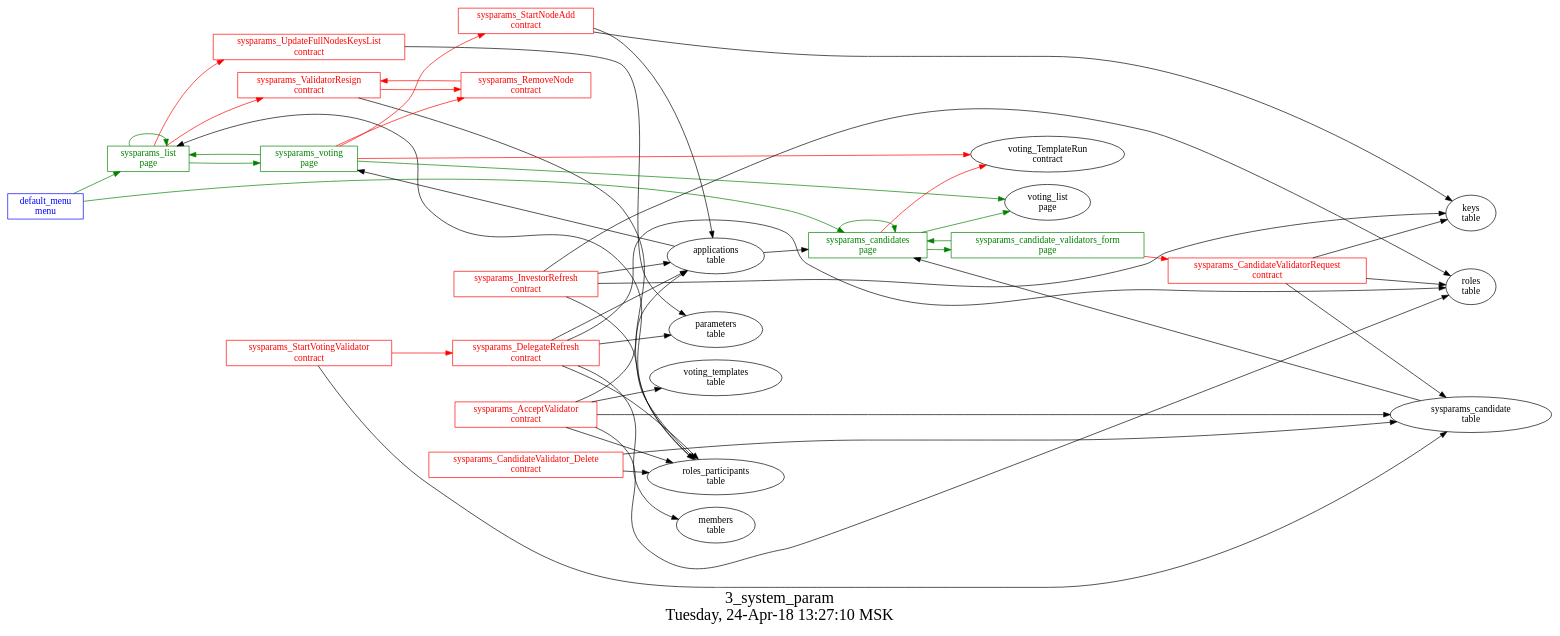
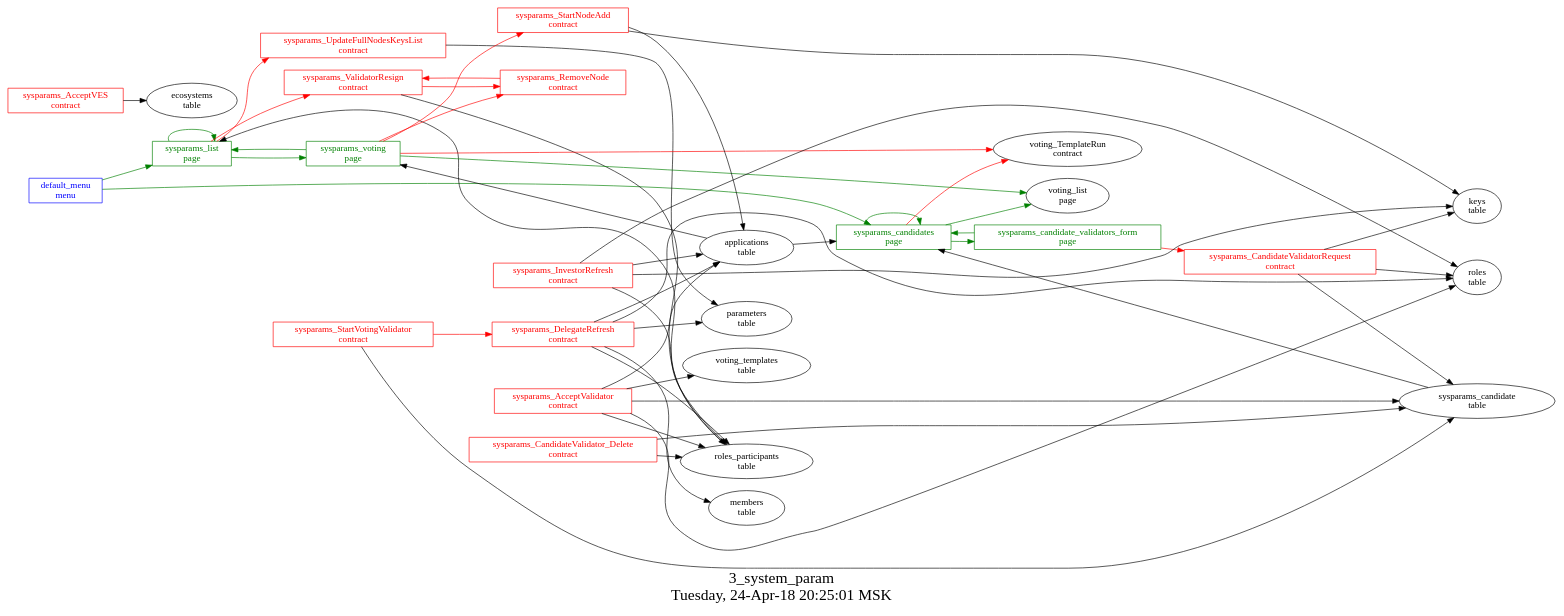
One commit to AplaProject/apps changed the diagram in src/basic/3_system_params/struct.dot. Above: the diagram before and after it, drawn with Graphviz. The commit also changed 7 other files, not shown here.

```diff
--- a/src/basic/3_system_params/struct.dot
+++ b/src/basic/3_system_params/struct.dot
@@ -1,74 +1,76 @@
 digraph G {
 graph [
   fontsize="24";
-  label="3_system_param\nTuesday, 24-Apr-18 13:27:10 MSK";
+  label="3_system_param\nTuesday, 24-Apr-18 20:25:01 MSK";
   nojustify=true;
   ordering=out;
   rankdir=LR;
   size="30";
 ];
 "default_menu\nmenu" -> "sysparams_list\npage"  [ color=green ]
 "default_menu\nmenu" -> "sysparams_candidates\npage"  [ color=green ]
 "default_menu\nmenu" [color=blue, fontcolor=blue, group=menus, shape=record];
 "sysparams_candidate_validators_form\npage" -> "sysparams_CandidateValidatorRequest\ncontract"  [ color=red ]
 "sysparams_candidate_validators_form\npage" -> "sysparams_candidates\npage"  [ color=green ]
 "sysparams_candidate_validators_form\npage" [color=green, fontcolor=green, group=pages, shape=record];
 "sysparams_candidates\npage" -> "voting_TemplateRun\ncontract"  [ color=red ]
 "applications\ntable" -> "sysparams_candidates\npage"  [ color="" ]
 "sysparams_candidate\ntable" -> "sysparams_candidates\npage"  [ color="" ]
 "sysparams_candidates\npage" -> "voting_list\npage"  [ color=green ]
 "sysparams_candidates\npage" -> "sysparams_candidates\npage"  [ color=green ]
 "sysparams_candidates\npage" -> "sysparams_candidate_validators_form\npage"  [ color=green ]
 "sysparams_candidates\npage" [color=green, fontcolor=green, group=pages, shape=record];
 "sysparams_list\npage" -> "sysparams_UpdateFullNodesKeysList\ncontract"  [ color=red ]
 "sysparams_list\npage" -> "sysparams_ValidatorResign\ncontract"  [ color=red ]
 "roles_participants\ntable" -> "sysparams_list\npage"  [ color="" ]
 "sysparams_list\npage" -> "sysparams_voting\npage"  [ color=green ]
 "sysparams_list\npage" -> "sysparams_list\npage"  [ color=green ]
 "sysparams_list\npage" [color=green, fontcolor=green, group=pages, shape=record];
 "sysparams_voting\npage" -> "sysparams_StartNodeAdd\ncontract"  [ color=red ]
 "sysparams_voting\npage" -> "sysparams_RemoveNode\ncontract"  [ color=red ]
 "sysparams_voting\npage" -> "voting_TemplateRun\ncontract"  [ color=red ]
 "applications\ntable" -> "sysparams_voting\npage"  [ color="" ]
 "sysparams_voting\npage" -> "sysparams_list\npage"  [ color=green ]
 "sysparams_voting\npage" -> "voting_list\npage"  [ color=green ]
 "sysparams_voting\npage" [color=green, fontcolor=green, group=pages, shape=record];
+"sysparams_AcceptVES\ncontract" -> "ecosystems\ntable"  [ color="" ]
+"sysparams_AcceptVES\ncontract" [color=red, fontcolor=red, group=contracts, shape=record];
 "sysparams_AcceptValidator\ncontract" -> "applications\ntable"  [ color="" ]
 "sysparams_AcceptValidator\ncontract" -> "voting_templates\ntable"  [ color="" ]
 "sysparams_AcceptValidator\ncontract" -> "sysparams_candidate\ntable"  [ color="" ]
 "sysparams_AcceptValidator\ncontract" -> "roles_participants\ntable"  [ color="" ]
 "sysparams_AcceptValidator\ncontract" -> "roles\ntable"  [ color="" ]
 "sysparams_AcceptValidator\ncontract" [color=red, fontcolor=red, group=contracts, shape=record];
 "sysparams_CandidateValidatorRequest\ncontract" -> "keys\ntable"  [ color="" ]
 "sysparams_CandidateValidatorRequest\ncontract" -> "roles\ntable"  [ color="" ]
 "sysparams_CandidateValidatorRequest\ncontract" -> "sysparams_candidate\ntable"  [ color="" ]
 "sysparams_CandidateValidatorRequest\ncontract" [color=red, fontcolor=red, group=contracts, shape=record];
 "sysparams_CandidateValidator_Delete\ncontract" -> "sysparams_candidate\ntable"  [ color="" ]
 "sysparams_CandidateValidator_Delete\ncontract" -> "roles_participants\ntable"  [ color="" ]
 "sysparams_CandidateValidator_Delete\ncontract" [color=red, fontcolor=red, group=contracts, shape=record];
 "sysparams_DelegateRefresh\ncontract" -> "roles\ntable"  [ color="" ]
 "sysparams_DelegateRefresh\ncontract" -> "applications\ntable"  [ color="" ]
 "sysparams_DelegateRefresh\ncontract" -> "parameters\ntable"  [ color="" ]
 "sysparams_DelegateRefresh\ncontract" -> "roles_participants\ntable"  [ color="" ]
 "sysparams_DelegateRefresh\ncontract" -> "members\ntable"  [ color="" ]
 "sysparams_DelegateRefresh\ncontract" [color=red, fontcolor=red, group=contracts, shape=record];
 "sysparams_InvestorRefresh\ncontract" -> "roles\ntable"  [ color="" ]
 "sysparams_InvestorRefresh\ncontract" -> "applications\ntable"  [ color="" ]
 "sysparams_InvestorRefresh\ncontract" -> "keys\ntable"  [ color="" ]
 "sysparams_InvestorRefresh\ncontract" -> "roles_participants\ntable"  [ color="" ]
 "sysparams_InvestorRefresh\ncontract" [color=red, fontcolor=red, group=contracts, shape=record];
 "sysparams_RemoveNode\ncontract" -> "sysparams_ValidatorResign\ncontract"  [ color=red ]
 "sysparams_RemoveNode\ncontract" [color=red, fontcolor=red, group=contracts, shape=record];
 "sysparams_StartNodeAdd\ncontract" -> "keys\ntable"  [ color="" ]
 "sysparams_StartNodeAdd\ncontract" -> "applications\ntable"  [ color="" ]
 "sysparams_StartNodeAdd\ncontract" [color=red, fontcolor=red, group=contracts, shape=record];
 "sysparams_StartVotingValidator\ncontract" -> "sysparams_DelegateRefresh\ncontract"  [ color=red ]
 "sysparams_StartVotingValidator\ncontract" -> "sysparams_candidate\ntable"  [ color="" ]
 "sysparams_StartVotingValidator\ncontract" [color=red, fontcolor=red, group=contracts, shape=record];
 "sysparams_UpdateFullNodesKeysList\ncontract" -> "parameters\ntable"  [ color="" ]
 "sysparams_UpdateFullNodesKeysList\ncontract" [color=red, fontcolor=red, group=contracts, shape=record];
 "sysparams_ValidatorResign\ncontract" -> "sysparams_RemoveNode\ncontract"  [ color=red ]
 "sysparams_ValidatorResign\ncontract" -> "roles_participants\ntable"  [ color="" ]
 "sysparams_ValidatorResign\ncontract" [color=red, fontcolor=red, group=contracts, shape=record];
 "sysparams_candidate\ntable" [color="", fontcolor="", group=tables, shape=""];
 }
```
